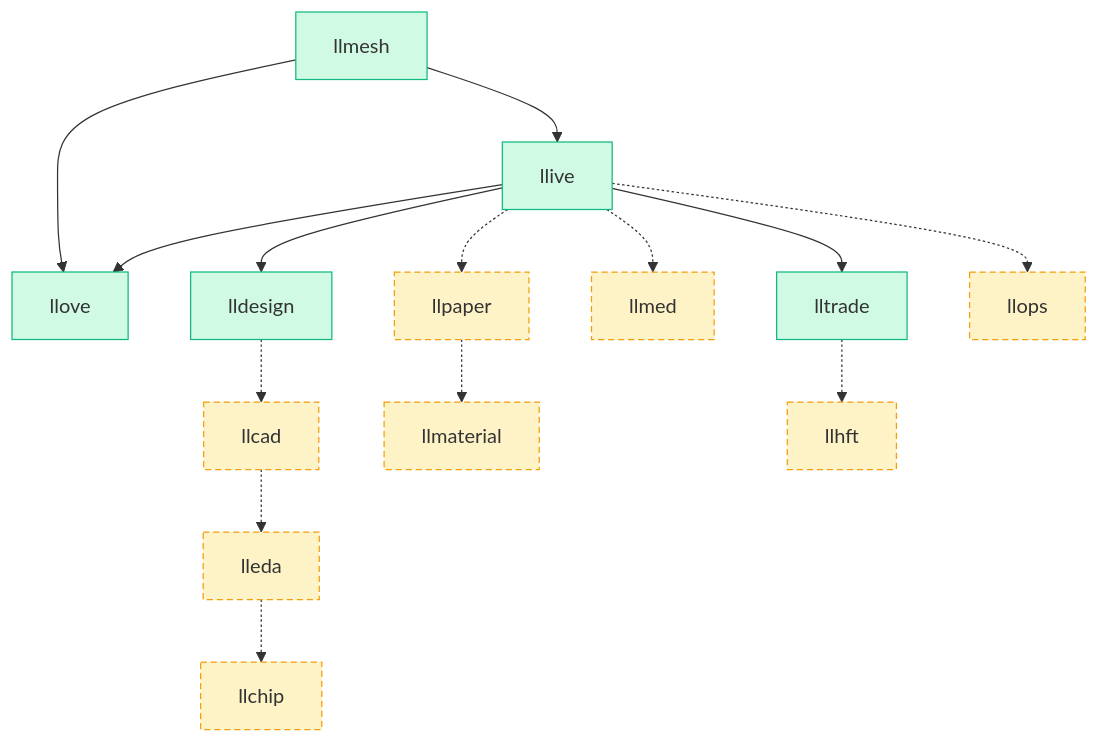
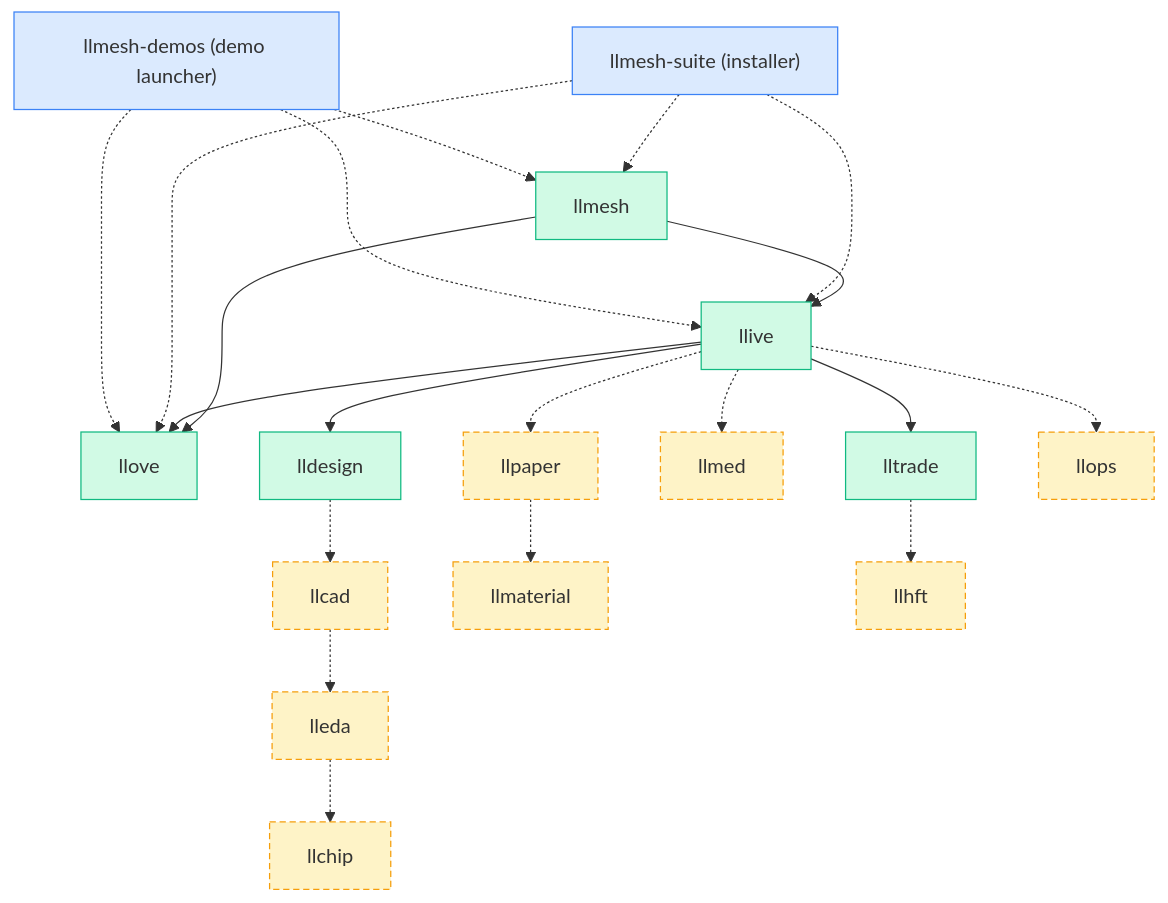
One commit to furuse-kazufumi/fullsense changed the second of 3 diagrams in docs/roadmap.md. Above: the diagram before and after it, drawn with Mermaid.

Commit message:
auto: index.md 編集前 (2026-05-19 20:26)

````diff
--- a/docs/roadmap.md
+++ b/docs/roadmap.md
@@ -111,20 +111,30 @@
 ```mermaid
 flowchart TB
   llmesh --> llive
   llmesh --> llove
   llive --> llove
   llive --> lldesign
   llive --> lltrade
   lldesign -.-> llcad
   llcad -.-> lleda
   lleda -.-> llchip
   llive -.-> llmed
   llive -.-> llpaper
   llpaper -.-> llmaterial
   llive -.-> llops
   lltrade -.-> llhft
+  suite["llmesh-suite (installer)"]
+  demos["llmesh-demos (demo launcher)"]
+  suite -.-> llmesh
+  suite -.-> llive
+  suite -.-> llove
+  demos -.-> llmesh
+  demos -.-> llive
+  demos -.-> llove
   classDef live fill:#d1fae5,stroke:#10b981;
   classDef parked fill:#fef3c7,stroke:#f59e0b,stroke-dasharray: 5 3;
+  classDef installer fill:#dbeafe,stroke:#3b82f6;
   class llmesh,llive,llove,lldesign,lltrade live;
   class llcad,lleda,llchip,llmed,llpaper,llmaterial,llops,llhft parked;
+  class suite,demos installer;
 ```
````
